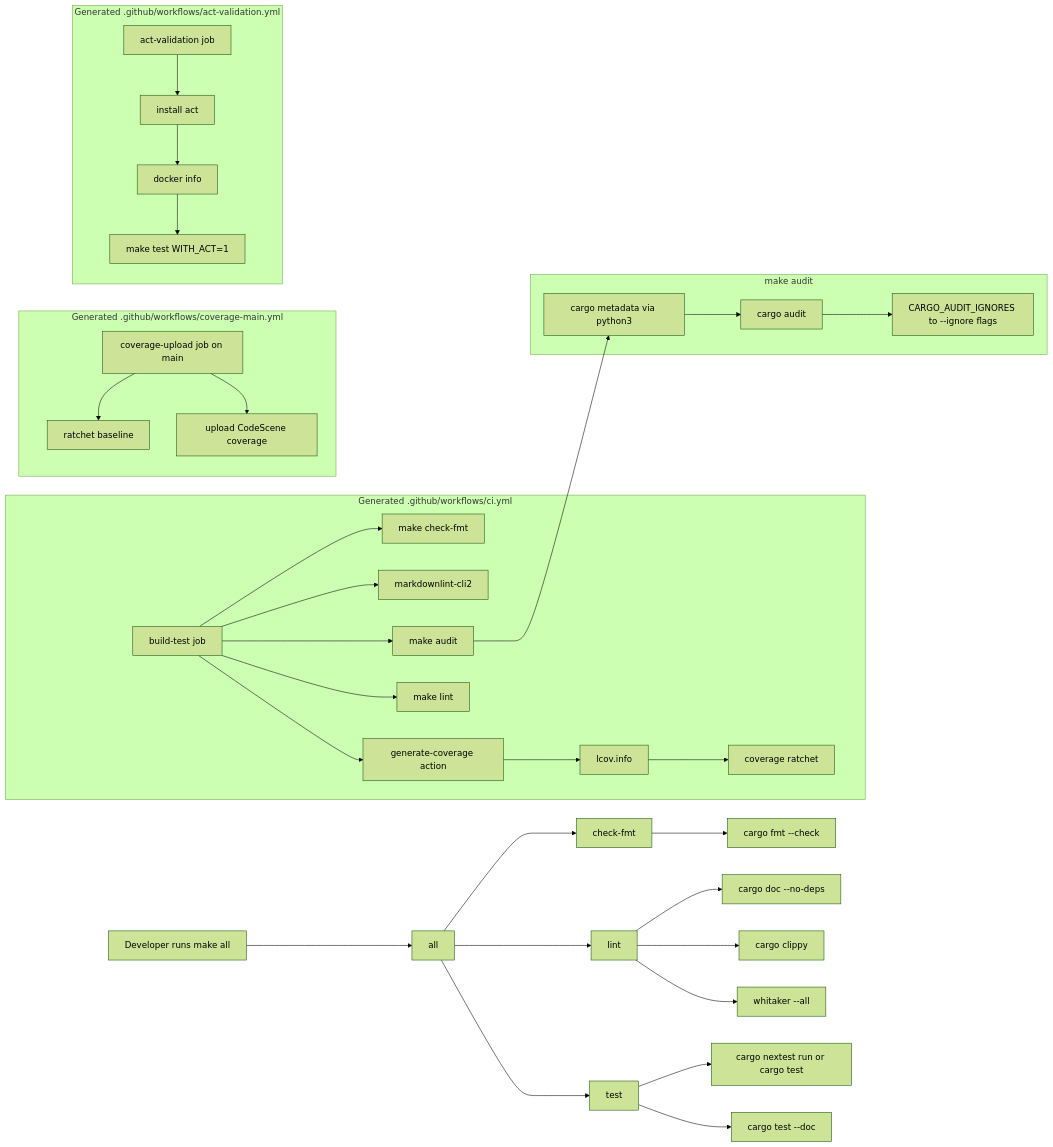
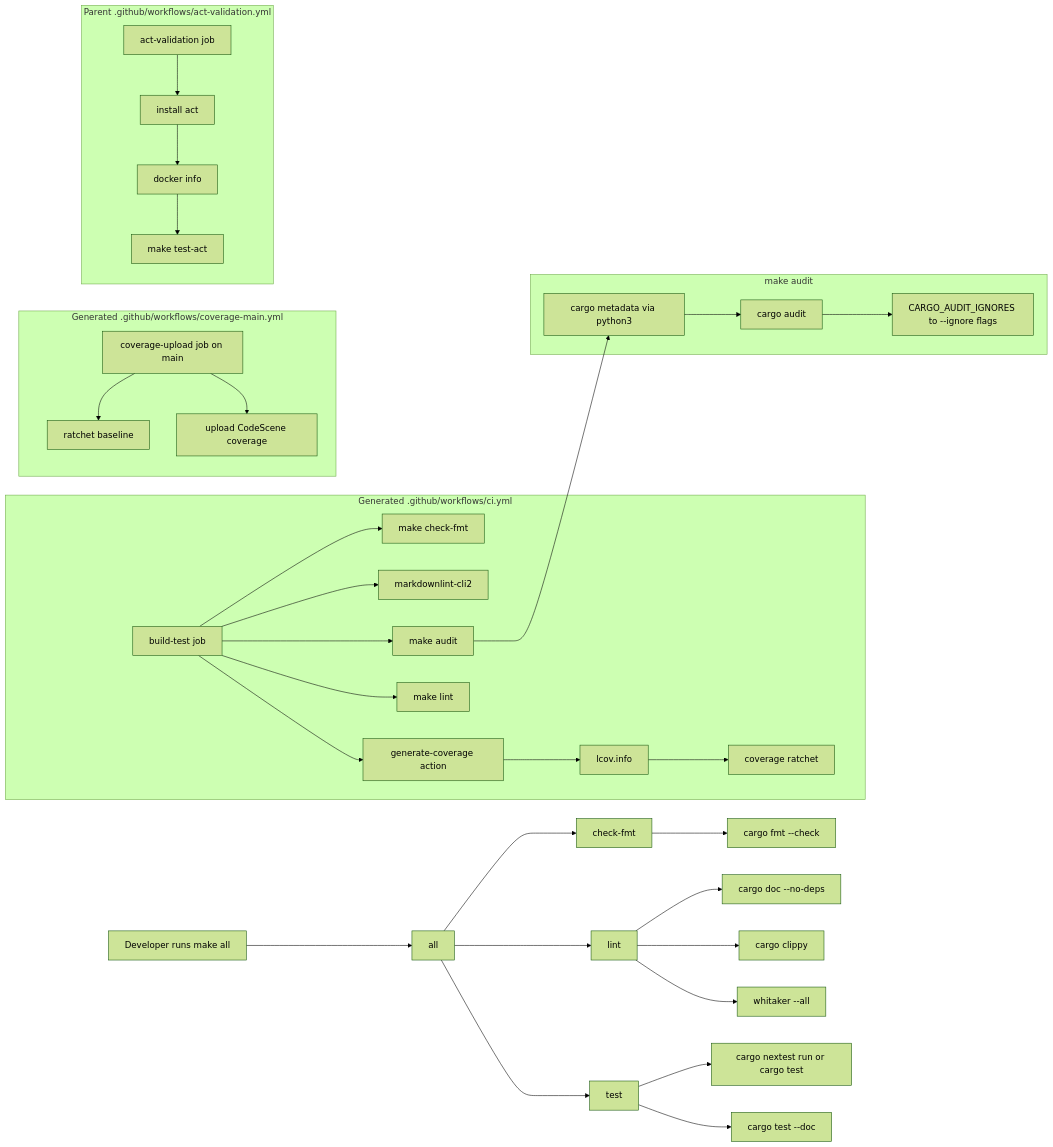
One commit to leynos/agent-template-rust changed the diagram in README.md. Above: the diagram before and after it, drawn with Mermaid (forest theme). The commit also changed other lines of this file and 23 other files, not shown here.

````diff
--- a/README.md
+++ b/README.md
@@ -81,44 +85,44 @@
 ```mermaid
 flowchart LR
     Dev[Developer runs make all] --> All[all]
     All --> CheckFmt[check-fmt]
     All --> Lint[lint]
     All --> Test[test]
 
     CheckFmt --> CargoFmt[cargo fmt --check]
     Lint --> RustDoc[cargo doc --no-deps]
     Lint --> Clippy[cargo clippy]
     Lint --> Whitaker[whitaker --all]
     Test --> NextestOrCargo[cargo nextest run or cargo test]
     Test --> DocTests[cargo test --doc]
 
     subgraph Main_CI[Generated .github/workflows/ci.yml]
         CI[build-test job]
         CI --> CIFormat[make check-fmt]
         CI --> MarkdownLint[markdownlint-cli2]
         CI --> CIAudit[make audit]
         CI --> CILint[make lint]
         CI --> Coverage[generate-coverage action]
         Coverage --> Lcov[lcov.info]
         Lcov --> Ratchet[coverage ratchet]
     end
 
     subgraph Main_Coverage[Generated .github/workflows/coverage-main.yml]
         Publisher[coverage-upload job on main]
         Publisher --> Baseline[ratchet baseline]
         Publisher --> CodeScene[upload CodeScene coverage]
     end
 
     subgraph Audit_Target[make audit]
         CIAudit --> Metadata[cargo metadata via python3]
         Metadata --> CargoAudit[cargo audit]
         CargoAudit --> Ignores[CARGO_AUDIT_IGNORES to --ignore flags]
     end
 
-    subgraph Act_Validation[Generated .github/workflows/act-validation.yml]
+    subgraph Act_Validation[Parent .github/workflows/act-validation.yml]
         ActWorkflow[act-validation job]
         ActWorkflow --> InstallAct[install act]
         InstallAct --> DockerInfo[docker info]
-        DockerInfo --> ActTests[make test WITH_ACT=1]
+        DockerInfo --> ActTests[make test-act]
     end
 ```
````
